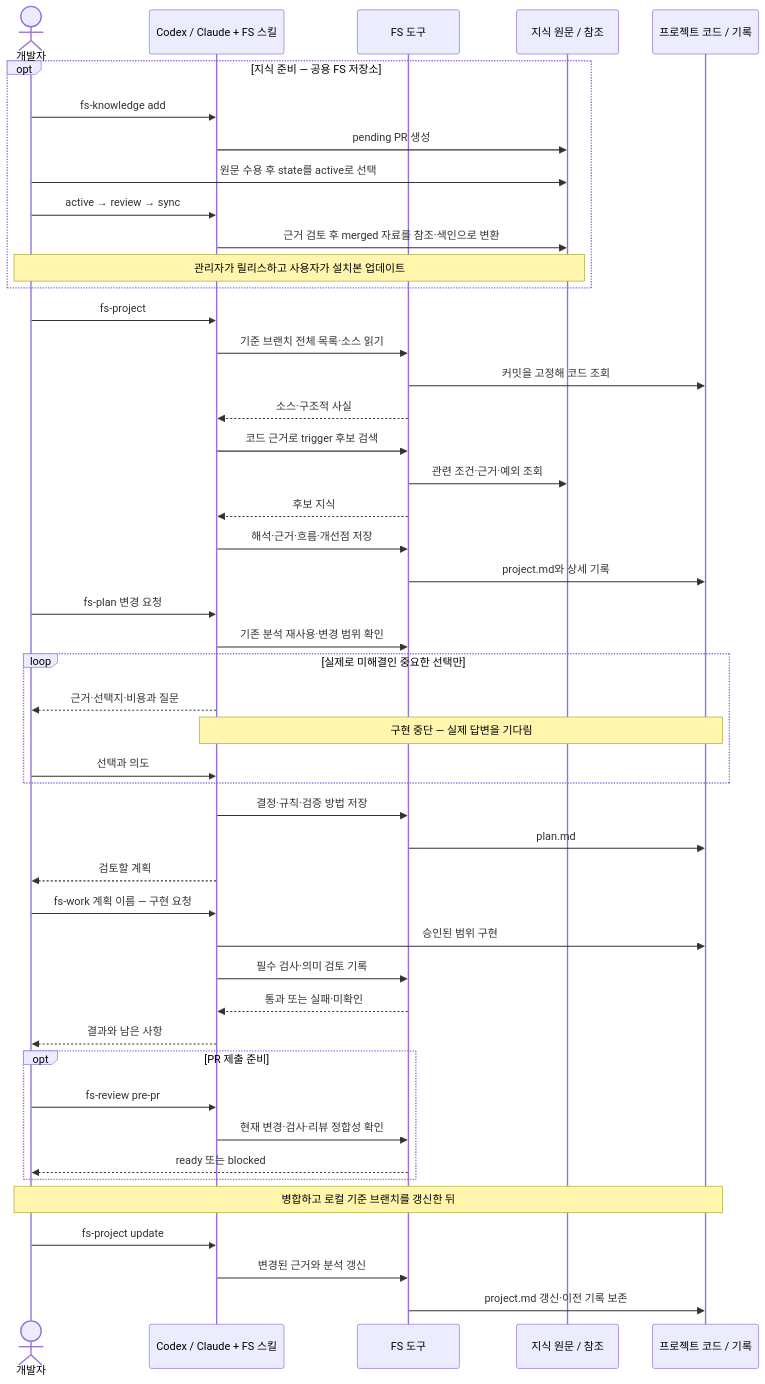
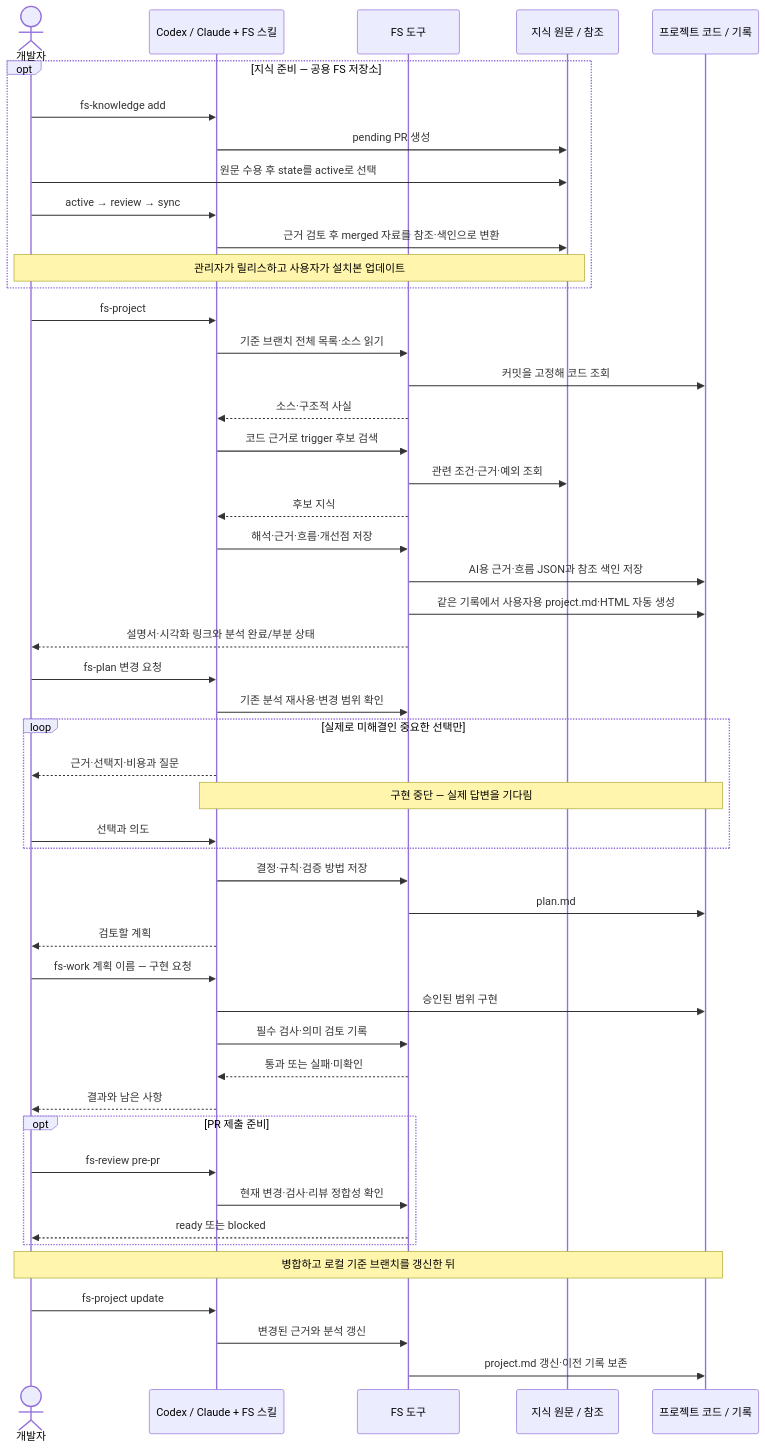
One commit to Yelihi/frontend-system changed the diagram in README.md. Above: the diagram before and after it, drawn with Mermaid. The commit also changed other lines of this file and 19 other files, not shown here.

Commit message:
feat: release 0.5.0 with project reports and automatic flow diagrams

````diff
--- a/README.md
+++ b/README.md
@@ -192,49 +203,51 @@
 ```mermaid
 sequenceDiagram
     actor U as 개발자
     participant AI as Codex / Claude + FS 스킬
     participant T as FS 도구
     participant K as 지식 원문 / 참조
     participant P as 프로젝트 코드 / 기록
     opt 지식 준비 — 공용 FS 저장소
         U->>AI: fs-knowledge add
         AI->>K: pending PR 생성
         U->>K: 원문 수용 후 state를 active로 선택
         U->>AI: active → review → sync
         AI->>K: 근거 검토 후 merged 자료를 참조·색인으로 변환
         Note over U,K: 관리자가 릴리스하고 사용자가 설치본 업데이트
     end
     U->>AI: fs-project
     AI->>T: 기준 브랜치 전체 목록·소스 읽기
     T->>P: 커밋을 고정해 코드 조회
     T-->>AI: 소스·구조적 사실
     AI->>T: 코드 근거로 trigger 후보 검색
     T->>K: 관련 조건·근거·예외 조회
     T-->>AI: 후보 지식
     AI->>T: 해석·근거·흐름·개선점 저장
-    T->>P: project.md와 상세 기록
+    T->>P: AI용 근거·흐름 JSON과 참조 색인 저장
+    T->>P: 같은 기록에서 사용자용 project.md·HTML 자동 생성
+    T-->>U: 설명서·시각화 링크와 분석 완료/부분 상태
     U->>AI: fs-plan 변경 요청
     AI->>T: 기존 분석 재사용·변경 범위 확인
     loop 실제로 미해결인 중요한 선택만
         AI-->>U: 근거·선택지·비용과 질문
         Note over AI,P: 구현 중단 — 실제 답변을 기다림
         U->>AI: 선택과 의도
     end
     AI->>T: 결정·규칙·검증 방법 저장
     T->>P: plan.md
     AI-->>U: 검토할 계획
     U->>AI: fs-work 계획 이름 — 구현 요청
     AI->>P: 승인된 범위 구현
     AI->>T: 필수 검사·의미 검토 기록
     T-->>AI: 통과 또는 실패·미확인
     AI-->>U: 결과와 남은 사항
     opt PR 제출 준비
         U->>AI: fs-review pre-pr
         AI->>T: 현재 변경·검사·리뷰 정합성 확인
         T-->>U: ready 또는 blocked
     end
     Note over U,P: 병합하고 로컬 기준 브랜치를 갱신한 뒤
     U->>AI: fs-project update
     AI->>T: 변경된 근거와 분석 갱신
     T->>P: project.md 갱신·이전 기록 보존
 ```
````
